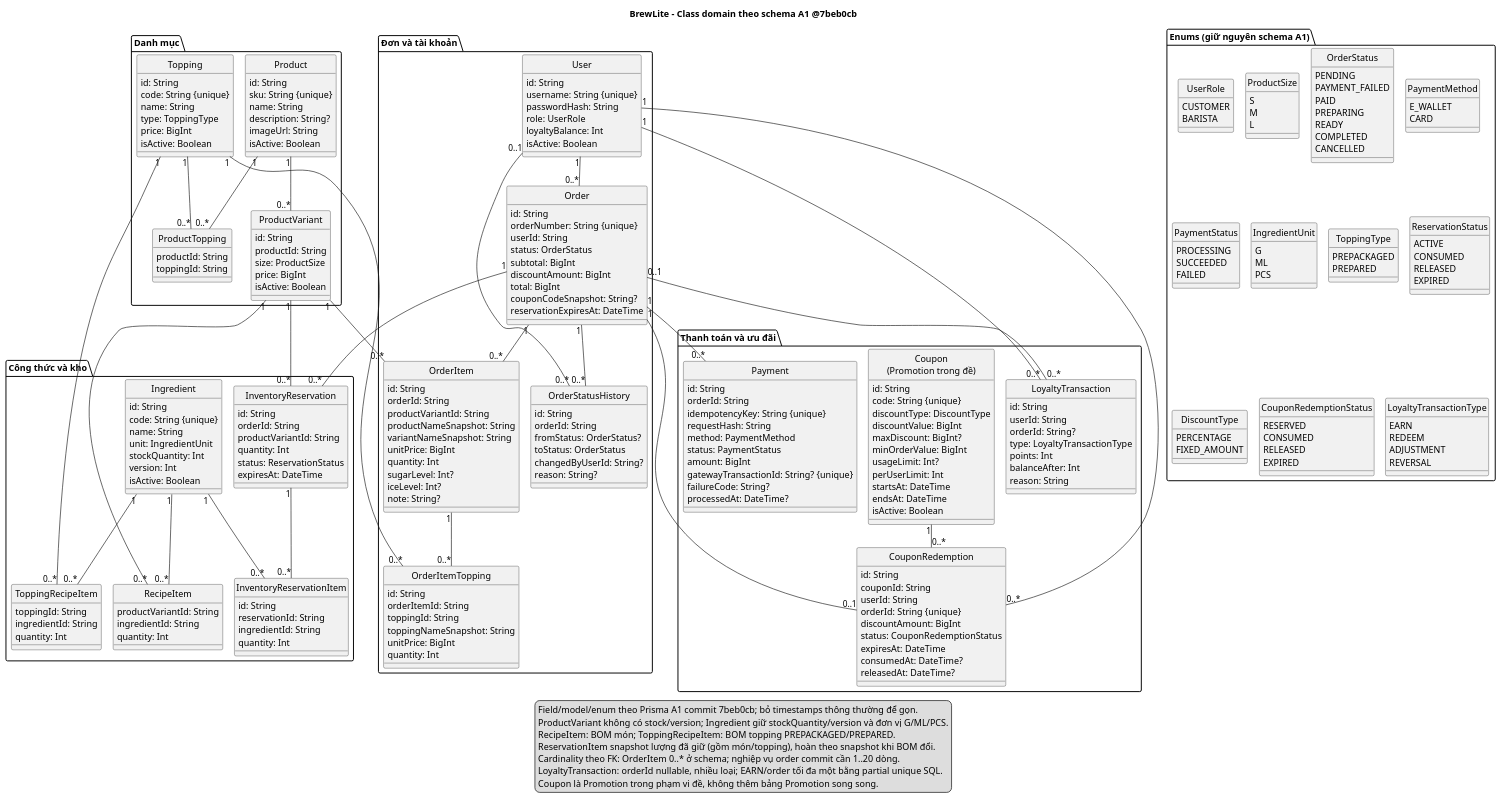
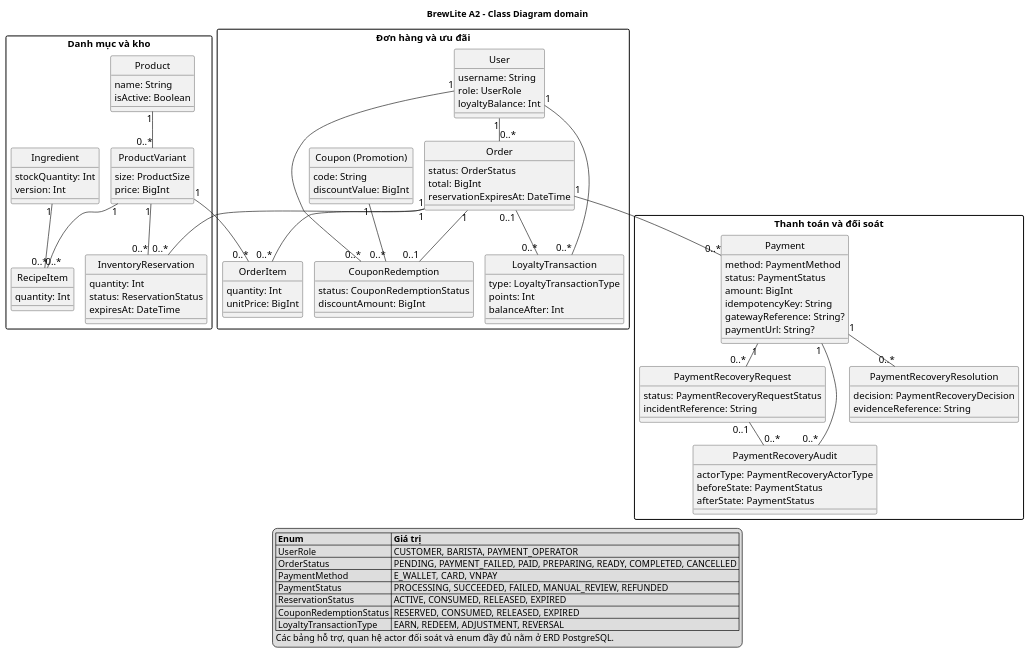
Before and after one commit to Fatcatmmb-sudo/BrewLite_A2: the diagram in docs/diagrams/class-domain.puml, drawn with PlantUML. The commit also changed 19 other files, not shown here.

Commit message:
docs(task-2): dong bo sequence, class va ERD

```diff
--- a/docs/diagrams/class-domain.puml
+++ b/docs/diagrams/class-domain.puml
@@ -1,263 +1,120 @@
 @startuml
 !pragma layout smetana
-title BrewLite - Class domain theo schema A1 @7beb0cb
+title BrewLite A2 - Class Diagram domain
 hide circle
 skinparam defaultFontName Arial
+skinparam defaultFontSize 15
 skinparam classAttributeIconSize 0
 skinparam shadowing false
-skinparam nodesep 40
-skinparam ranksep 55
-package "Danh mục" {
-class Product {
-  id: String
-  sku: String {unique}
-  name: String
-  description: String?
-  imageUrl: String
-  isActive: Boolean
+skinparam nodesep 19
+skinparam ranksep 25
+skinparam packageStyle rectangle
+
+package "Danh mục và kho" {
+  class Product {
+    name: String
+    isActive: Boolean
+  }
+  class ProductVariant {
+    size: ProductSize
+    price: BigInt
+  }
+  class RecipeItem {
+    quantity: Int
+  }
+  class Ingredient {
+    stockQuantity: Int
+    version: Int
+  }
+  class InventoryReservation {
+    quantity: Int
+    status: ReservationStatus
+    expiresAt: DateTime
+  }
 }
-class ProductVariant {
-  id: String
-  productId: String
-  size: ProductSize
-  price: BigInt
-  isActive: Boolean
+
+package "Đơn hàng và ưu đãi" {
+  class User {
+    username: String
+    role: UserRole
+    loyaltyBalance: Int
+  }
+  class Order {
+    status: OrderStatus
+    total: BigInt
+    reservationExpiresAt: DateTime
+  }
+  class OrderItem {
+    quantity: Int
+    unitPrice: BigInt
+  }
+  class "Coupon (Promotion)" as Coupon {
+    code: String
+    discountValue: BigInt
+  }
+  class CouponRedemption {
+    status: CouponRedemptionStatus
+    discountAmount: BigInt
+  }
+  class LoyaltyTransaction {
+    type: LoyaltyTransactionType
+    points: Int
+    balanceAfter: Int
+  }
 }
-class Topping {
-  id: String
-  code: String {unique}
-  name: String
-  type: ToppingType
-  price: BigInt
-  isActive: Boolean
+
+package "Thanh toán và đối soát" {
+  class Payment {
+    method: PaymentMethod
+    status: PaymentStatus
+    amount: BigInt
+    idempotencyKey: String
+    gatewayReference: String?
+    paymentUrl: String?
+  }
+  class PaymentRecoveryRequest {
+    status: PaymentRecoveryRequestStatus
+    incidentReference: String
+  }
+  class PaymentRecoveryAudit {
+    actorType: PaymentRecoveryActorType
+    beforeState: PaymentStatus
+    afterState: PaymentStatus
+  }
+  class PaymentRecoveryResolution {
+    decision: PaymentRecoveryDecision
+    evidenceReference: String
+  }
 }
-class ProductTopping {
-  productId: String
-  toppingId: String
-}
-}
-package "Công thức và kho" {
-class Ingredient {
-  id: String
-  code: String {unique}
-  name: String
-  unit: IngredientUnit
-  stockQuantity: Int
-  version: Int
-  isActive: Boolean
-}
-class RecipeItem {
-  productVariantId: String
-  ingredientId: String
-  quantity: Int
-}
-class ToppingRecipeItem {
-  toppingId: String
-  ingredientId: String
-  quantity: Int
-}
-class InventoryReservation {
-  id: String
-  orderId: String
-  productVariantId: String
-  quantity: Int
-  status: ReservationStatus
-  expiresAt: DateTime
-}
-class InventoryReservationItem {
-  id: String
-  reservationId: String
-  ingredientId: String
-  quantity: Int
-}
-}
-package "Đơn và tài khoản" {
-class User {
-  id: String
-  username: String {unique}
-  passwordHash: String
-  role: UserRole
-  loyaltyBalance: Int
-  isActive: Boolean
-}
-class Order {
-  id: String
-  orderNumber: String {unique}
-  userId: String
-  status: OrderStatus
-  subtotal: BigInt
-  discountAmount: BigInt
-  total: BigInt
-  couponCodeSnapshot: String?
-  reservationExpiresAt: DateTime
-}
-class OrderItem {
-  id: String
-  orderId: String
-  productVariantId: String
-  productNameSnapshot: String
-  variantNameSnapshot: String
-  unitPrice: BigInt
-  quantity: Int
-  sugarLevel: Int?
-  iceLevel: Int?
-  note: String?
-}
-class OrderItemTopping {
-  id: String
-  orderItemId: String
-  toppingId: String
-  toppingNameSnapshot: String
-  unitPrice: BigInt
-  quantity: Int
-}
-class OrderStatusHistory {
-  id: String
-  orderId: String
-  fromStatus: OrderStatus?
-  toStatus: OrderStatus
-  changedByUserId: String?
-  reason: String?
-}
-}
-package "Thanh toán và ưu đãi" {
-class Payment {
-  id: String
-  orderId: String
-  idempotencyKey: String {unique}
-  requestHash: String
-  method: PaymentMethod
-  status: PaymentStatus
-  amount: BigInt
-  gatewayTransactionId: String? {unique}
-  failureCode: String?
-  processedAt: DateTime?
-}
-class "Coupon\n(Promotion trong đề)" as Coupon {
-  id: String
-  code: String {unique}
-  discountType: DiscountType
-  discountValue: BigInt
-  maxDiscount: BigInt?
-  minOrderValue: BigInt
-  usageLimit: Int?
-  perUserLimit: Int
-  startsAt: DateTime
-  endsAt: DateTime
-  isActive: Boolean
-}
-class CouponRedemption {
-  id: String
-  couponId: String
-  userId: String
-  orderId: String {unique}
-  discountAmount: BigInt
-  status: CouponRedemptionStatus
-  expiresAt: DateTime
-  consumedAt: DateTime?
-  releasedAt: DateTime?
-}
-class LoyaltyTransaction {
-  id: String
-  userId: String
-  orderId: String?
-  type: LoyaltyTransactionType
-  points: Int
-  balanceAfter: Int
-  reason: String
-}
-}
+
 Product "1" -- "0..*" ProductVariant
 ProductVariant "1" -- "0..*" RecipeItem
 Ingredient "1" -- "0..*" RecipeItem
-Topping "1" -- "0..*" ToppingRecipeItem
-Ingredient "1" -- "0..*" ToppingRecipeItem
-Product "1" -- "0..*" ProductTopping
-Topping "1" -- "0..*" ProductTopping
+ProductVariant "1" -- "0..*" OrderItem
+ProductVariant "1" -- "0..*" InventoryReservation
 User "1" -- "0..*" Order
 Order "1" -- "0..*" OrderItem
-ProductVariant "1" -- "0..*" OrderItem
-OrderItem "1" -- "0..*" OrderItemTopping
-Topping "1" -- "0..*" OrderItemTopping
+Order "1" -- "0..*" InventoryReservation
 Order "1" -- "0..*" Payment
-Order "1" -- "0..*" OrderStatusHistory
-User "0..1" -- "0..*" OrderStatusHistory
-Order "1" -- "0..*" InventoryReservation
-ProductVariant "1" -- "0..*" InventoryReservation
-InventoryReservation "1" -- "0..*" InventoryReservationItem
-Ingredient "1" -- "0..*" InventoryReservationItem
 Coupon "1" -- "0..*" CouponRedemption
+Order "1" -- "0..1" CouponRedemption
 User "1" -- "0..*" CouponRedemption
-Order "1" -- "0..1" CouponRedemption
 User "1" -- "0..*" LoyaltyTransaction
 Order "0..1" -- "0..*" LoyaltyTransaction
-package "Enums (giữ nguyên schema A1)" {
-enum UserRole {
-  CUSTOMER
-  BARISTA
-}
-enum ProductSize {
-  S
-  M
-  L
-}
-enum OrderStatus {
-  PENDING
-  PAYMENT_FAILED
-  PAID
-  PREPARING
-  READY
-  COMPLETED
-  CANCELLED
-}
-enum PaymentMethod {
-  E_WALLET
-  CARD
-}
-enum PaymentStatus {
-  PROCESSING
-  SUCCEEDED
-  FAILED
-}
-enum IngredientUnit {
-  G
-  ML
-  PCS
-}
-enum ToppingType {
-  PREPACKAGED
-  PREPARED
-}
-enum ReservationStatus {
-  ACTIVE
-  CONSUMED
-  RELEASED
-  EXPIRED
-}
-enum DiscountType {
-  PERCENTAGE
-  FIXED_AMOUNT
-}
-enum CouponRedemptionStatus {
-  RESERVED
-  CONSUMED
-  RELEASED
-  EXPIRED
-}
-enum LoyaltyTransactionType {
-  EARN
-  REDEEM
-  ADJUSTMENT
-  REVERSAL
-}
-}
+Payment "1" -- "0..*" PaymentRecoveryRequest
+Payment "1" -- "0..*" PaymentRecoveryAudit
+Payment "1" -- "0..*" PaymentRecoveryResolution
+PaymentRecoveryRequest "0..1" -- "0..*" PaymentRecoveryAudit
+
 legend bottom
-  Field/model/enum theo Prisma A1 commit 7beb0cb; bỏ timestamps thông thường để gọn.
-  ProductVariant không có stock/version; Ingredient giữ stockQuantity/version và đơn vị G/ML/PCS.
-  RecipeItem: BOM món; ToppingRecipeItem: BOM topping PREPACKAGED/PREPARED.
-  ReservationItem snapshot lượng đã giữ (gồm món/topping), hoàn theo snapshot khi BOM đổi.
-  Cardinality theo FK: OrderItem 0..* ở schema; nghiệp vụ order commit cần 1..20 dòng.
-  LoyaltyTransaction: orderId nullable, nhiều loại; EARN/order tối đa một bằng partial unique SQL.
-  Coupon là Promotion trong phạm vi đề, không thêm bảng Promotion song song.
+  |= Enum |= Giá trị |
+  | UserRole | CUSTOMER, BARISTA, PAYMENT_OPERATOR |
+  | OrderStatus | PENDING, PAYMENT_FAILED, PAID, PREPARING, READY, COMPLETED, CANCELLED |
+  | PaymentMethod | E_WALLET, CARD, VNPAY |
+  | PaymentStatus | PROCESSING, SUCCEEDED, FAILED, MANUAL_REVIEW, REFUNDED |
+  | ReservationStatus | ACTIVE, CONSUMED, RELEASED, EXPIRED |
+  | CouponRedemptionStatus | RESERVED, CONSUMED, RELEASED, EXPIRED |
+  | LoyaltyTransactionType | EARN, REDEEM, ADJUSTMENT, REVERSAL |
+  Các bảng hỗ trợ, quan hệ actor đối soát và enum đầy đủ nằm ở ERD PostgreSQL.
 endlegend
 @enduml
```
